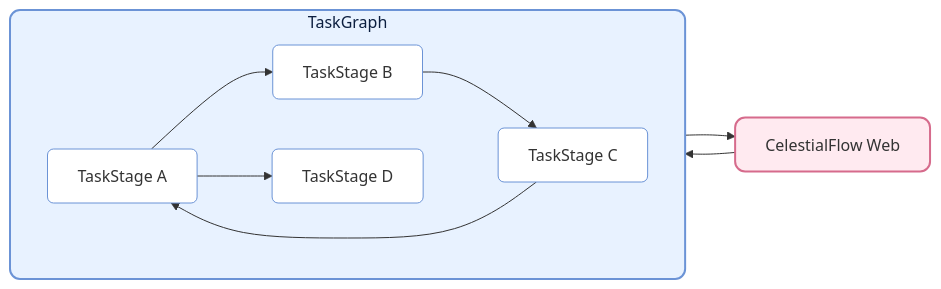
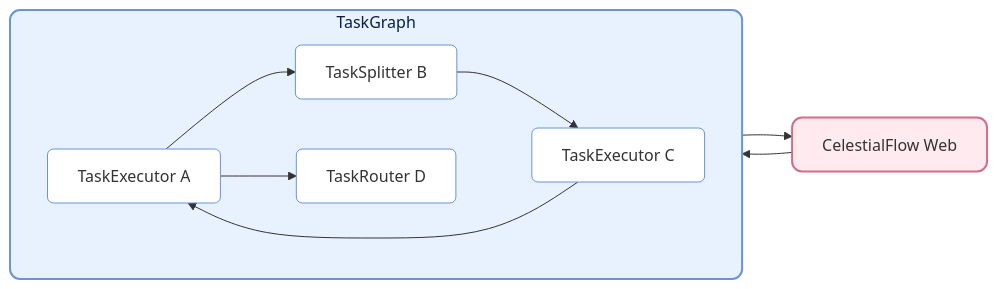
The first of 2 diagrams in docs/en/README.md (Mr-xiaotian/CelestialFlow), drawn with Mermaid before and after one commit. The commit also changed other lines of this file and 181 other files, not shown here.

````diff
--- a/docs/en/README.md
+++ b/docs/en/README.md
@@ -54,33 +61,33 @@
 ```mermaid
 flowchart LR
 
     %% ===== TaskGraph =====
     subgraph TG[TaskGraph]
         direction LR
 
-        S1[TaskStage A]
-        S2[TaskStage B]
-        S3[TaskStage C]
-        S4[TaskStage D]
+        S1[TaskExecutor A]
+        S2[TaskSplitter B]
+        S3[TaskExecutor C]
+        S4[TaskRouter D]
 
         S1 --> S2 --> S3 --> S1
         S1 --> S4
 
     end
 
     %% Style TaskGraph outer frame
     style TG fill:#e8f2ff,stroke:#6b93d6,stroke-width:2px,color:#0b1e3f,rx:10px,ry:10px
 
     %% Unified styling format
     classDef blueNode fill:#ffffff,stroke:#6b93d6,rx:6px,ry:6px;
 
-    %% Style TaskStages
+    %% Style TaskNodes
     class S1,S2,S3,S4 blueNode;
 
     %% ===== Links =====
     TG --> CFB[CelestialFlow Web]
-    CFB --> TG 
+    CFB --> TG
 
     style CFB fill:#ffeaf0,stroke:#d66b8c,stroke-width:2px,rx:10px,ry:10px
 
 ```
````
